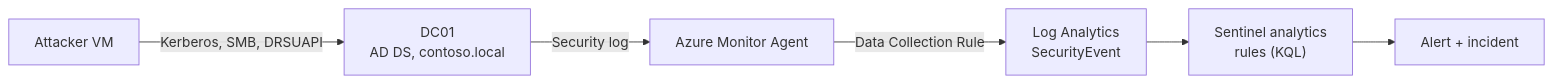
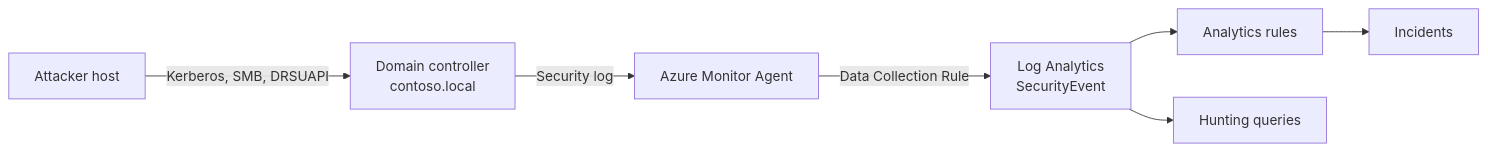
The diagram in README.md (singh-adi5/Agent), drawn with Mermaid before and after one commit. The commit also changed other lines of this file and 13 other files, not shown here.

````diff
--- a/README.md
+++ b/README.md
@@ -44,8 +34,9 @@
 ```mermaid
 flowchart LR
-    ATT["Attacker VM"] -- "Kerberos, SMB, DRSUAPI" --> DC["DC01<br/>AD DS, contoso.local"]
+    ATT["Attacker host"] -- "Kerberos, SMB, DRSUAPI" --> DC["Domain controller<br/>contoso.local"]
     DC -- "Security log" --> AMA["Azure Monitor Agent"]
     AMA -- "Data Collection Rule" --> LAW["Log Analytics<br/>SecurityEvent"]
-    LAW --> RULES["Sentinel analytics<br/>rules (KQL)"]
-    RULES --> INC["Alert + incident"]
+    LAW --> RULES["Analytics rules"]
+    LAW --> HUNT["Hunting queries"]
+    RULES --> INC["Incidents"]
 ```
````
